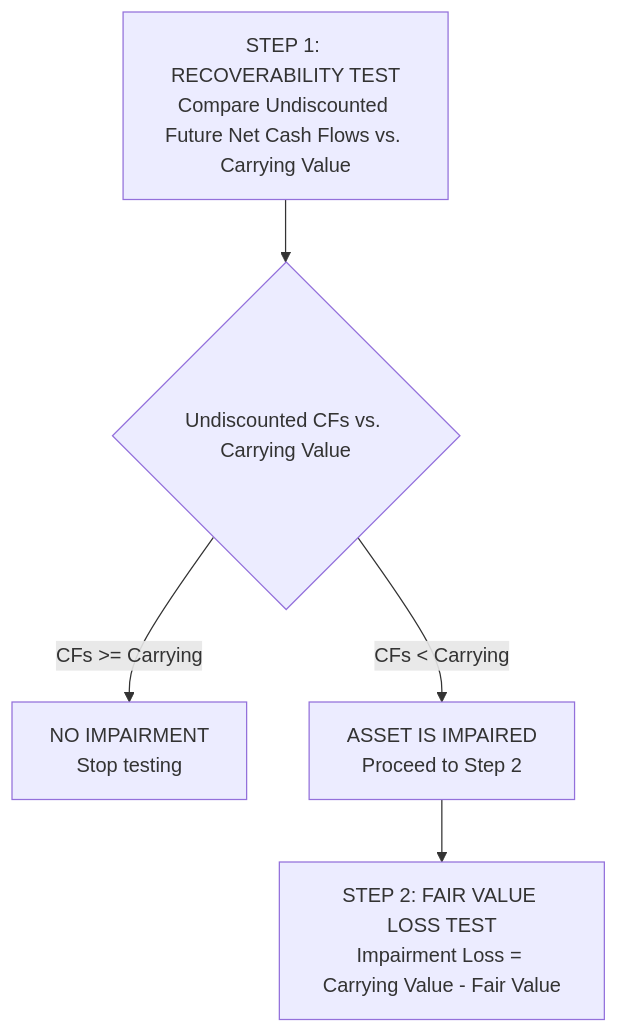
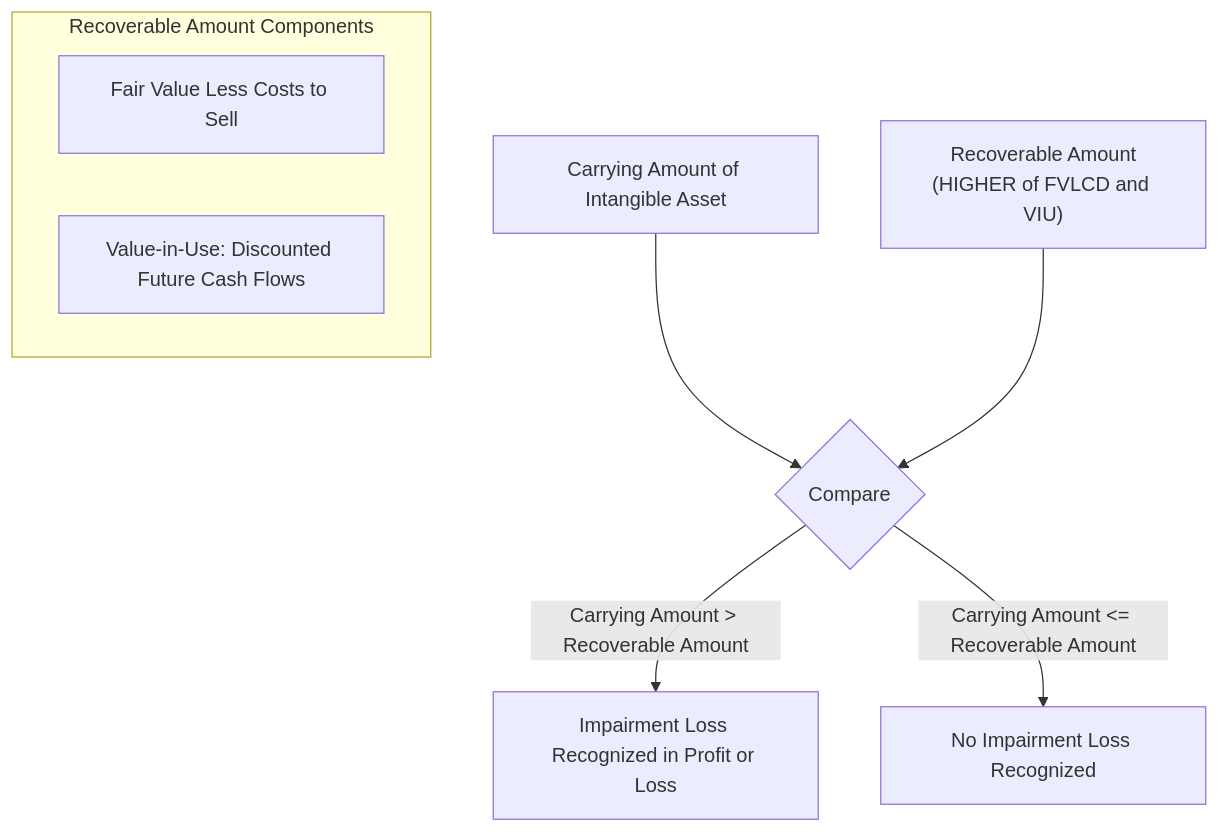
One commit to Soohaeib/shared-obsidian-notes changed the eighth of 9 diagrams in note-res/ai-comprehension/acc-301-intermediate-accounting/phase-2/acc-301-notes-step-8.md. Above: the diagram before and after it, drawn with Mermaid. The commit also changed other lines of this file and 12 other files, not shown here.

````diff
--- a/note-res/ai-comprehension/acc-301-intermediate-accounting/phase-2/acc-301-notes-step-8.md
+++ b/note-res/ai-comprehension/acc-301-intermediate-accounting/phase-2/acc-301-notes-step-8.md
@@ -99,7 +249,13 @@
 ```mermaid
 flowchart TD
-    A[STEP 1: RECOVERABILITY TEST\nCompare Undiscounted Future Net Cash Flows vs. Carrying Value] --> B{Undiscounted CFs vs. Carrying Value}
-    B -->|CFs >= Carrying| C[NO IMPAIRMENT\nStop testing]
-    B -->|CFs < Carrying| D[ASSET IS IMPAIRED\nProceed to Step 2]
-    D --> E[STEP 2: FAIR VALUE LOSS TEST\nImpairment Loss = Carrying Value - Fair Value]
+    CA[Carrying Amount of Intangible Asset] --> Compare{Compare}
+    RA["Recoverable Amount<br>(HIGHER of FVLCD and VIU)"] --> Compare
+
+    subgraph Recoverable Amount Components
+        FVLCD[Fair Value Less Costs to Sell]
+        VIU[Value-in-Use: Discounted Future Cash Flows]
+    end
+
+    Compare -->|Carrying Amount > Recoverable Amount| Impairment[Impairment Loss Recognized in Profit or Loss]
+    Compare -->|Carrying Amount <= Recoverable Amount| NoImpairment[No Impairment Loss Recognized]
 ```
````
